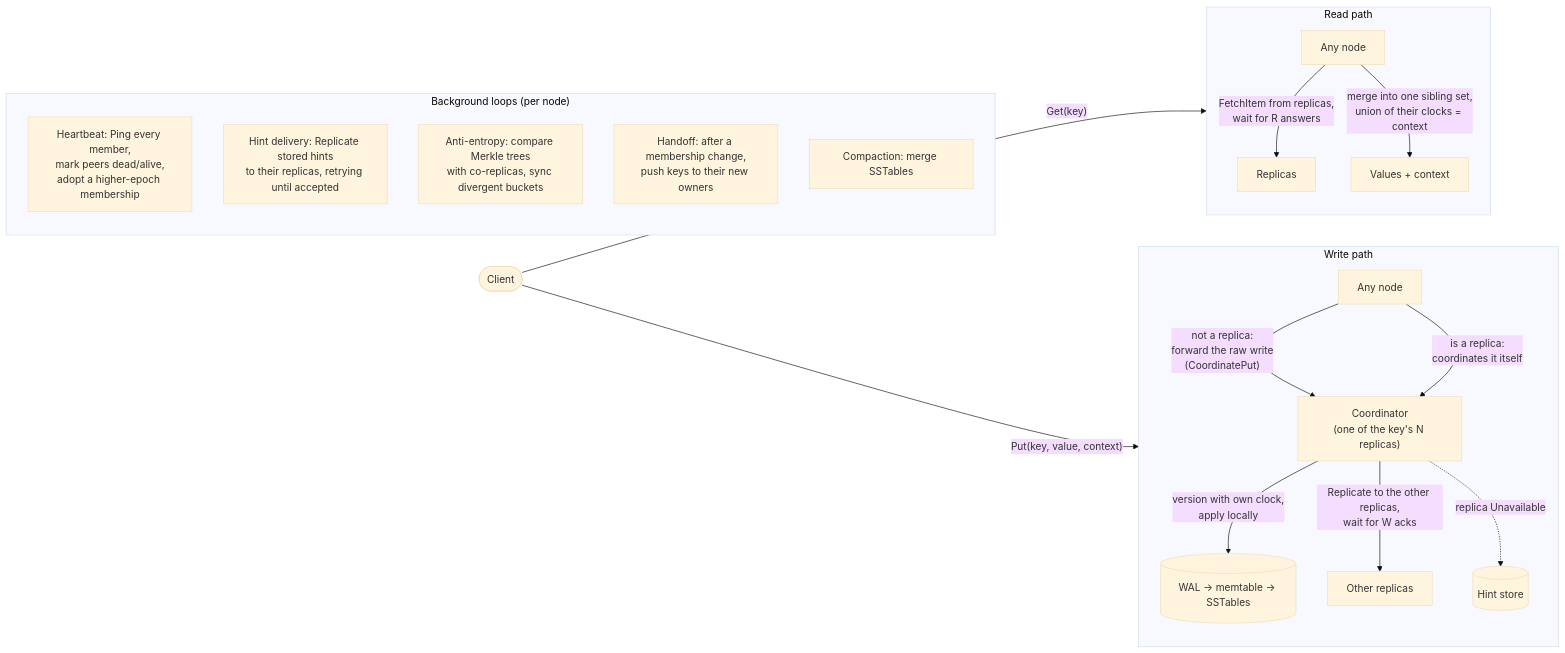
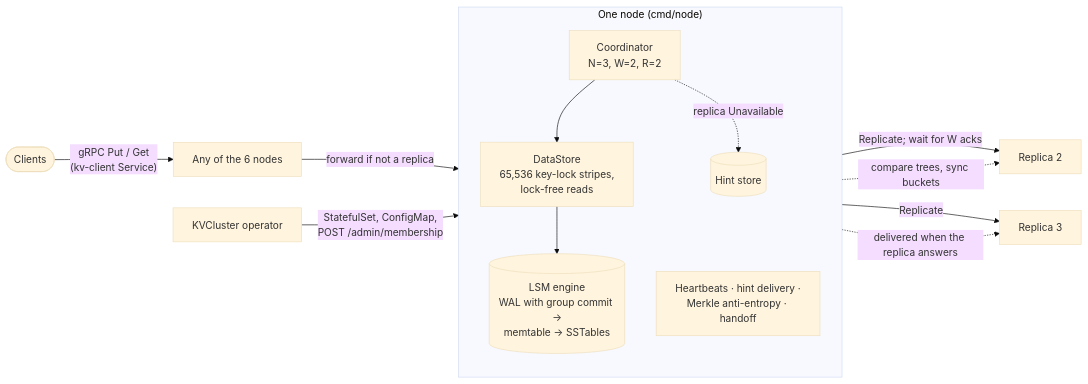
Before and after one commit to Mohamed-Magdy-Dewidar/distributed-kv-data-store: the diagram in README.md, drawn with Mermaid (base theme). The commit also changed other lines of this file and 4 other files, not shown here.

````diff
--- a/README.md
+++ b/README.md
@@ -37,31 +32,20 @@
 ```mermaid
 flowchart LR
-    client([Client])
+    client([Clients]) -->|"gRPC Put / Get<br/>(kv-client Service)"| any["Any of the 6 nodes"]
+    any -->|"forward if not a replica"| coord
 
-    subgraph write["Write path"]
+    subgraph node["One node (cmd/node)"]
         direction TB
-        w_any["Any node"] -->|"not a replica:<br/>forward the raw write<br/>(CoordinatePut)"| w_coord["Coordinator<br/>(one of the key's N replicas)"]
-        w_any -->|"is a replica:<br/>coordinates it itself"| w_coord
-        w_coord -->|"version with own clock,<br/>apply locally"| w_lsm[("WAL → memtable → SSTables")]
-        w_coord -->|"Replicate to the other replicas,<br/>wait for W acks"| w_peers["Other replicas"]
-        w_coord -.->|"replica Unavailable"| w_hints[("Hint store")]
+        coord["Coordinator<br/>N=3, W=2, R=2"] --> ds["DataStore<br/>65,536 key-lock stripes,<br/>lock-free reads"]
+        ds --> lsm[("LSM engine<br/>WAL with group commit →<br/>memtable → SSTables")]
+        coord -.->|"replica Unavailable"| hints[("Hint store")]
+        loops["Heartbeats · hint delivery ·<br/>Merkle anti-entropy · handoff"]
     end
 
-    subgraph read["Read path"]
-        direction TB
-        r_any["Any node"] -->|"FetchItem from replicas,<br/>wait for R answers"| r_peers["Replicas"]
-        r_any -->|"merge into one sibling set,<br/>union of their clocks = context"| r_reply["Values + context"]
-    end
+    coord -->|"Replicate; wait for W acks"| r1["Replica 2"]
+    coord -->|"Replicate"| r2["Replica 3"]
+    hints -.->|"delivered when the replica answers"| r2
+    loops -.->|"compare trees, sync buckets"| r1
 
-    subgraph loops["Background loops (per node)"]
-        direction TB
-        l_hb["Heartbeat: Ping every member,<br/>mark peers dead/alive,<br/>adopt a higher-epoch membership"]
-        l_hint["Hint delivery: Replicate stored hints<br/>to their replicas, retrying until accepted"]
-        l_ae["Anti-entropy: compare Merkle trees<br/>with co-replicas, sync divergent buckets"]
-        l_ho["Handoff: after a membership change,<br/>push keys to their new owners"]
-        l_comp["Compaction: merge SSTables"]
-    end
-
-    client -->|"Put(key, value, context)"| w_any
-    client -->|"Get(key)"| r_any
+    op["KVCluster operator"] -->|"StatefulSet, ConfigMap,<br/>POST /admin/membership"| node
 ```
````
